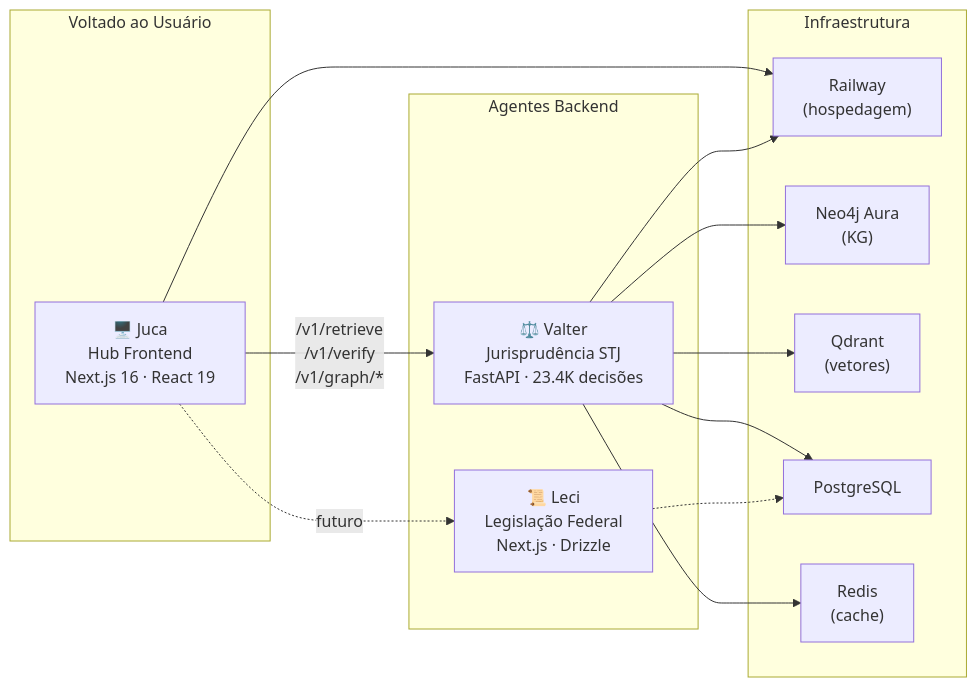
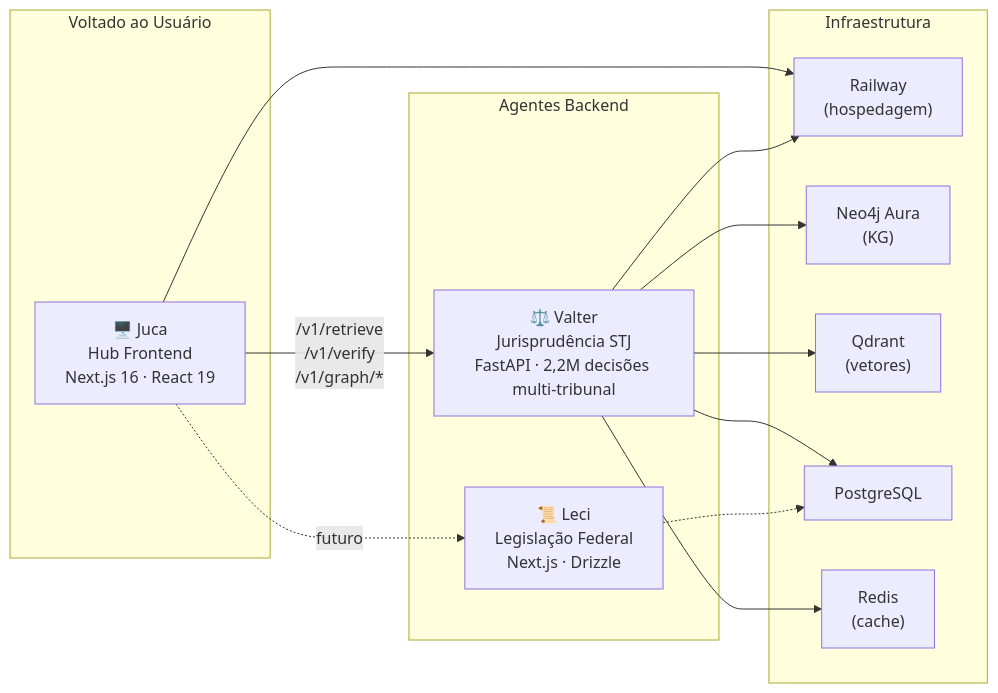
The first of 6 diagrams in sites/juca/src/content/docs/pt-br/architecture/diagrams.md (sensdiego/sens.legal), drawn with Mermaid before and after one commit. The commit also changed 14 other files, not shown here.

````diff
--- a/sites/juca/src/content/docs/pt-br/architecture/diagrams.md
+++ b/sites/juca/src/content/docs/pt-br/architecture/diagrams.md
@@ -17,27 +17,27 @@
 ```mermaid
 graph LR
     subgraph "Voltado ao Usuário"
         Juca["🖥️ Juca<br/>Hub Frontend<br/>Next.js 16 · React 19"]
     end
     subgraph "Agentes Backend"
-        Valter["⚖️ Valter<br/>Jurisprudência STJ<br/>FastAPI · 23.4K decisões"]
+        Valter["⚖️ Valter<br/>Jurisprudência STJ<br/>FastAPI · 2,2M decisões multi-tribunal"]
         Leci["📜 Leci<br/>Legislação Federal<br/>Next.js · Drizzle"]
     end
     subgraph "Infraestrutura"
         Railway["Railway<br/>(hospedagem)"]
         Neo4j["Neo4j Aura<br/>(KG)"]
         Qdrant["Qdrant<br/>(vetores)"]
         PG["PostgreSQL"]
         Redis["Redis<br/>(cache)"]
     end
 
     Juca -->|"/v1/retrieve<br/>/v1/verify<br/>/v1/graph/*"| Valter
     Juca -.->|"futuro"| Leci
     Valter --> Neo4j
     Valter --> Qdrant
     Valter --> PG
     Valter --> Redis
     Leci -.-> PG
     Juca --> Railway
     Valter --> Railway
 ```
````
